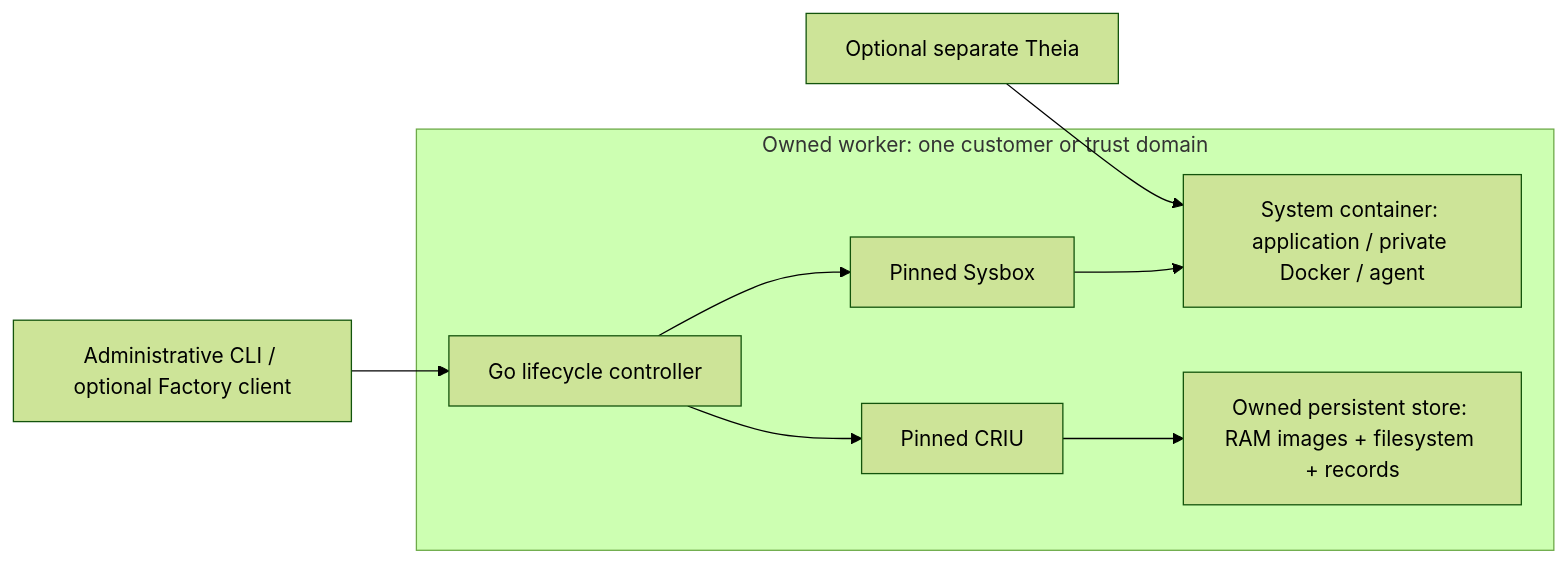
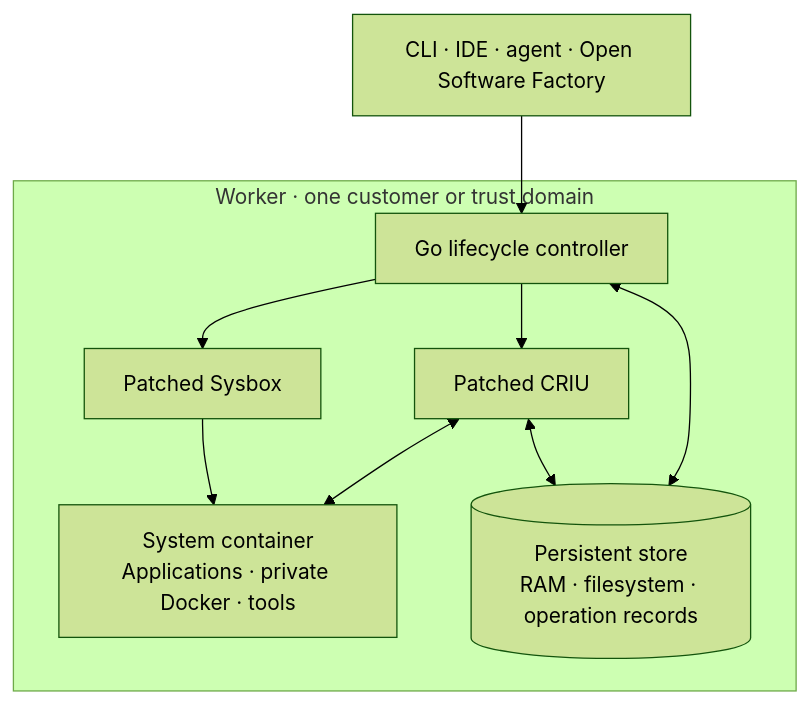
One commit to maxcodefaster/factorybox changed the diagram in README.md. Above: the diagram before and after it, drawn with Mermaid (forest theme). The commit also changed other lines of this file and 2 other files, not shown here.

````diff
--- a/README.md
+++ b/README.md
@@ -81,11 +45,12 @@
 ```mermaid
-flowchart LR
-    client[Administrative CLI / optional Factory client] --> controller
-    subgraph worker[Owned worker: one customer or trust domain]
-        controller[Go lifecycle controller] --> sysbox[Pinned Sysbox]
-        controller --> criu[Pinned CRIU]
-        sysbox --> sandbox[System container: application / private Docker / agent]
-        criu --> store[Owned persistent store: RAM images + filesystem + records]
+flowchart TB
+    clients["CLI · IDE · agent · Open Software Factory"] --> controller
+    subgraph worker["Worker · one customer or trust domain"]
+        controller["Go lifecycle controller"] --> sysbox["Patched Sysbox"]
+        controller --> criu["Patched CRIU"]
+        sysbox --> sandbox["System container<br/>Applications · private Docker · tools"]
+        criu <--> sandbox
+        criu <--> store[("Persistent store<br/>RAM · filesystem · operation records")]
+        controller <--> store
     end
-    ide[Optional separate Theia] --> sandbox
 ```
````
